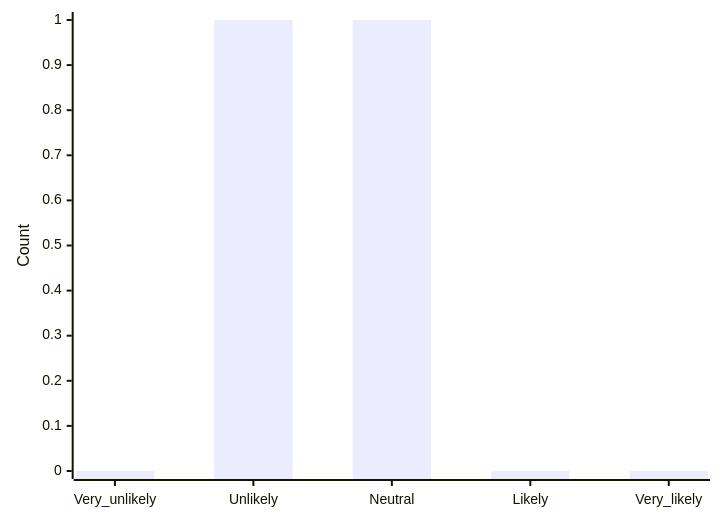
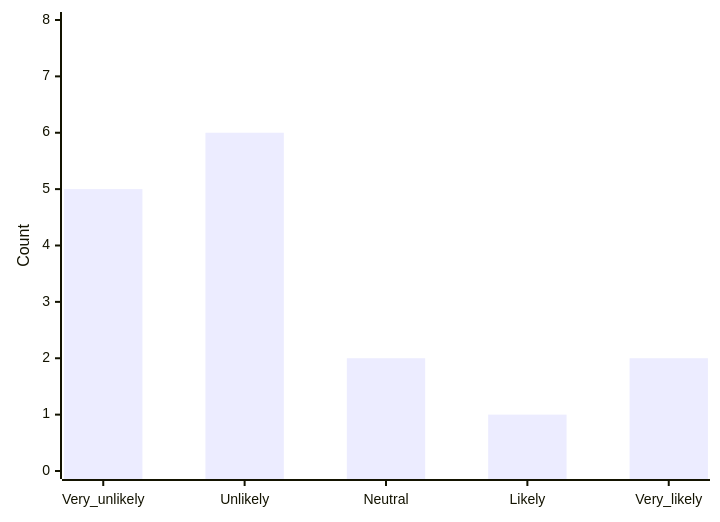
Diagram 15 of 17 in documentation/interviews-surveys/mood-mental-health-survey-V2.md (S4-Smart-mobile/S4-Smart-Mobile), drawn with Mermaid before and after one commit. The commit also changed other lines of this file, not shown here.

````diff
--- a/documentation/interviews-surveys/mood-mental-health-survey-V2.md
+++ b/documentation/interviews-surveys/mood-mental-health-survey-V2.md
@@ -202,6 +264,6 @@
 ```mermaid
 xychart-beta
     x-axis [Very_unlikely, Unlikely, Neutral, Likely, Very_likely]
-    y-axis "Count"
-    bar [0, 1, 1 ,0 ,0]
+    y-axis "Count" 0 --> 8
+    bar [5, 6, 2 ,1 ,2]
 ```
````
